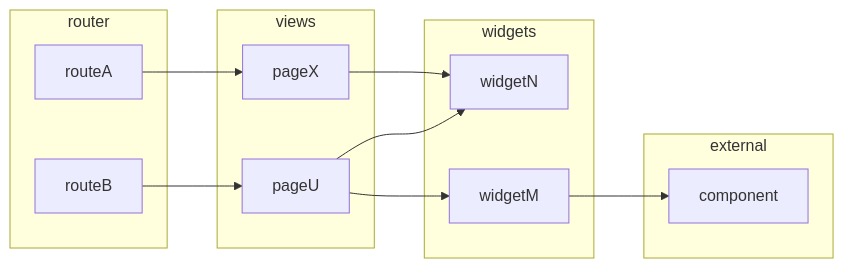
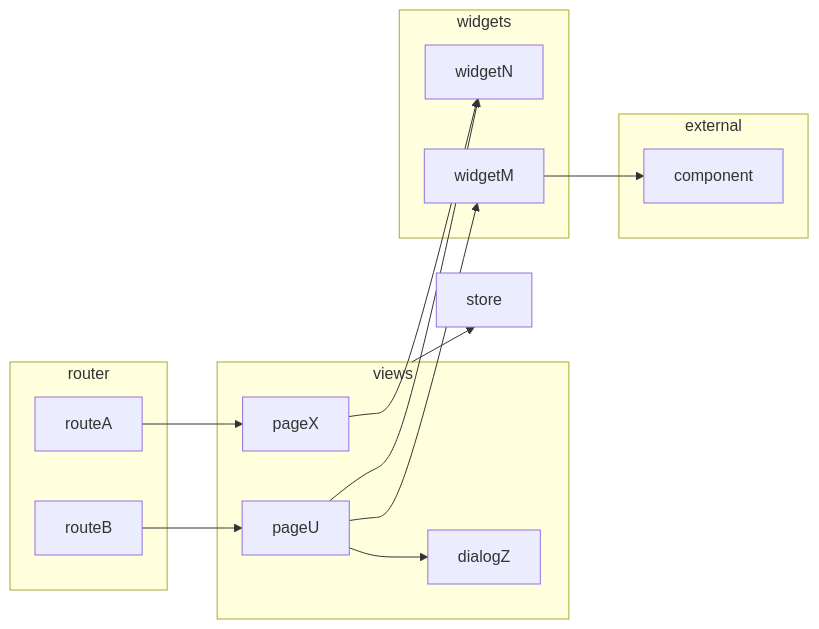
Before and after one commit to joaomelo/calystone: the second of 2 diagrams in DEVELOPMENT.md, drawn with Mermaid. The commit also changed other lines of this file, not shown here.

````diff
--- a/DEVELOPMENT.md
+++ b/DEVELOPMENT.md
@@ -36,25 +36,29 @@
 ```mermaid
 graph LR;
   subgraph router
     routeA;
     routeB
   end
   subgraph views
     pageX;
     pageU;
+    dialogZ;
   end
   subgraph widgets
     widgetN
     widgetM
-  end
+  end  
   subgraph external
     component
   end
+  store
 
   routeA --> pageX;
   routeB --> pageU
   pageX --> widgetN
   pageU --> widgetM;
   pageU --> widgetN;
+  pageU --> dialogZ;
   widgetM --> component
+  views --> store;
 ```
````
